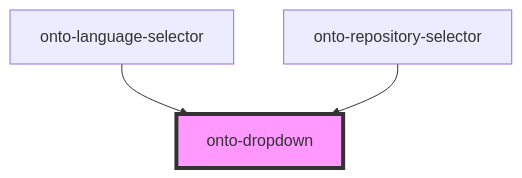
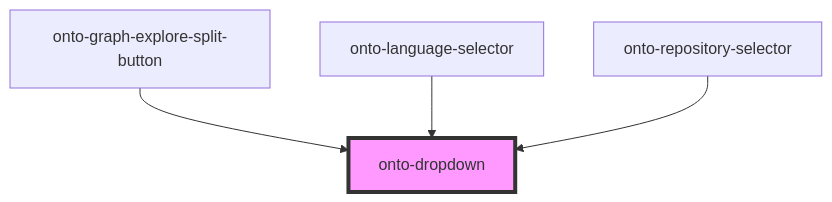
The diagram in packages/shared-components/src/components/onto-dropdown/readme.md (Ontotext-AD/graphdb-workbench), drawn with Mermaid before and after one commit. The commit also changed other lines of this file and 51 other files, not shown here.

````diff
--- a/packages/shared-components/src/components/onto-dropdown/readme.md
+++ b/packages/shared-components/src/components/onto-dropdown/readme.md
@@ -46,6 +48,7 @@
 ```mermaid
 graph TD;
+  onto-graph-explore-split-button --> onto-dropdown
   onto-language-selector --> onto-dropdown
   onto-repository-selector --> onto-dropdown
   style onto-dropdown fill:#f9f,stroke:#333,stroke-width:4px
 ```
````
